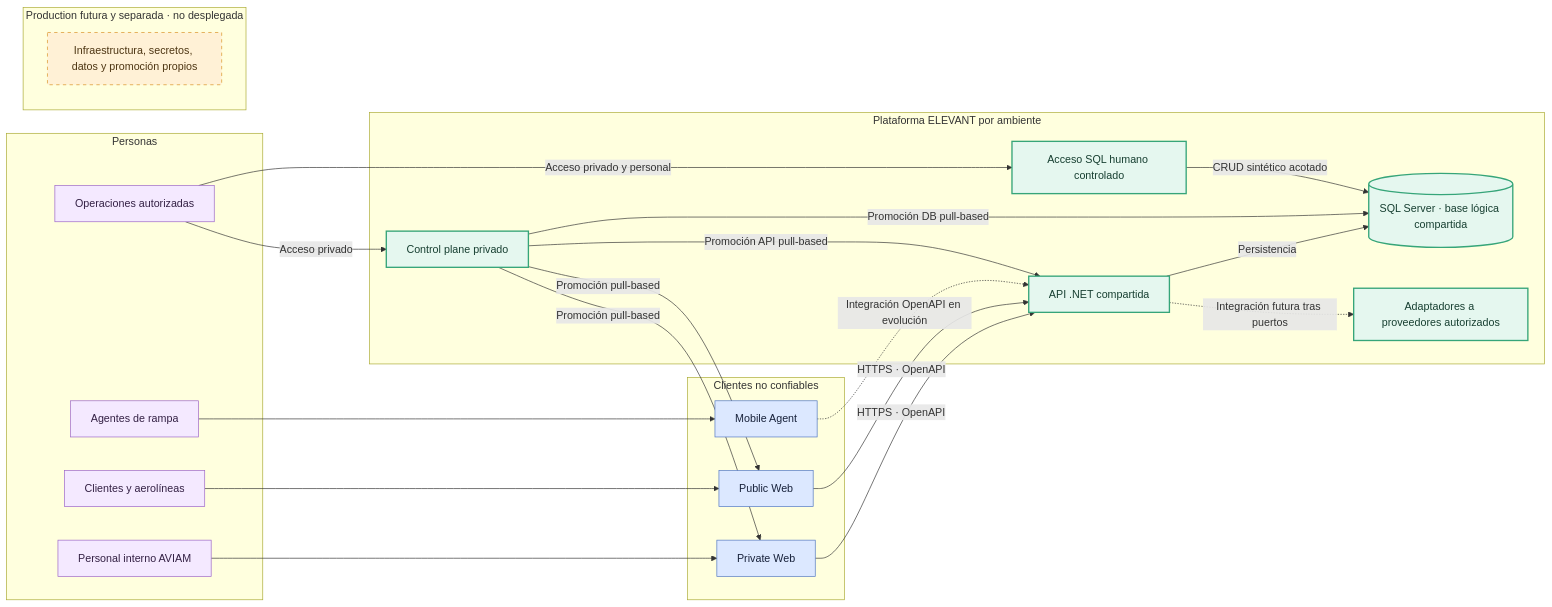
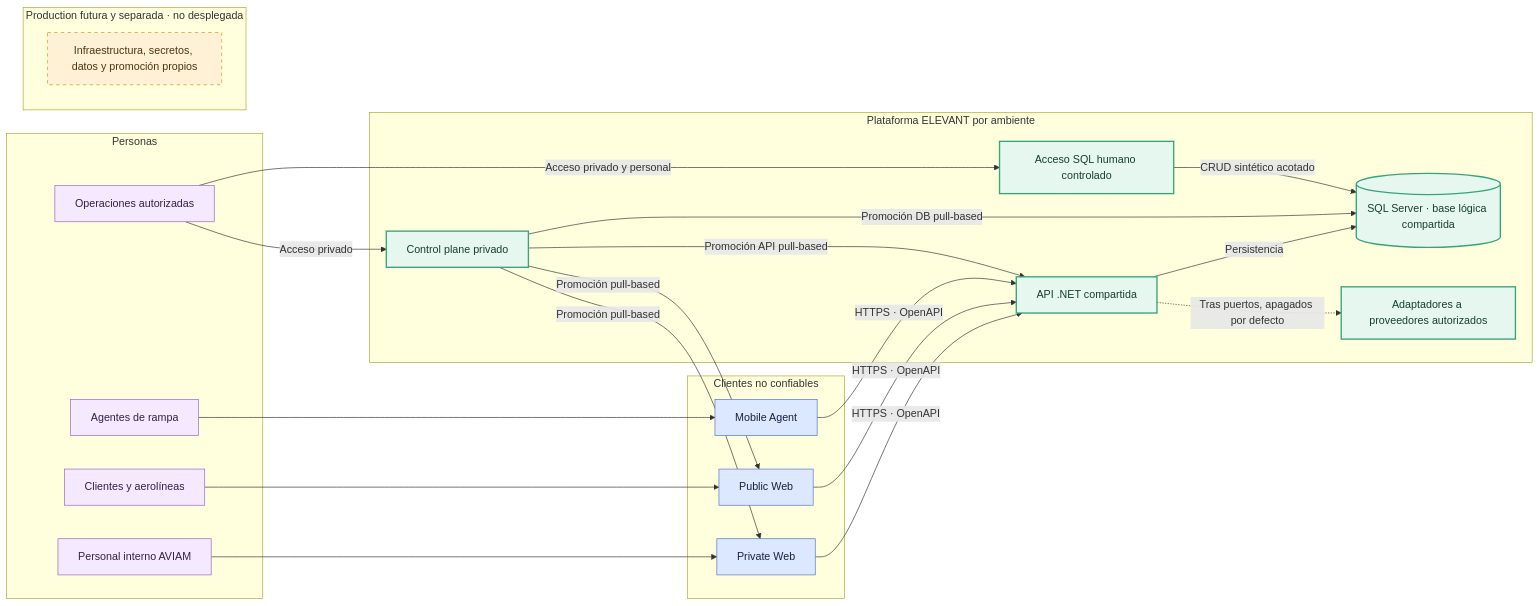
Before and after one commit to ErickEduardo027/ELEVANT: the diagram in Vault/diagrams/arquitectura-contexto.md, drawn with Mermaid. The commit also changed other lines of this file and 51 other files, not shown here.

````diff
--- a/Vault/diagrams/arquitectura-contexto.md
+++ b/Vault/diagrams/arquitectura-contexto.md
@@ -27,52 +27,52 @@
 ```mermaid
 flowchart LR
     subgraph PEOPLE[Personas]
         INTERNAL[Personal interno AVIAM]
         CUSTOMER[Clientes y aerolíneas]
         RAMP[Agentes de rampa]
         OPERATOR[Operaciones autorizadas]
     end
 
     subgraph CLIENTS[Clientes no confiables]
         PRIVATE[Private Web]
         PUBLIC[Public Web]
         MOBILE[Mobile Agent]
     end
 
     subgraph PLATFORM[Plataforma ELEVANT por ambiente]
         API[API .NET compartida]
         DB[(SQL Server · base lógica compartida)]
         EXT[Adaptadores a proveedores autorizados]
         CONTROL[Control plane privado]
         SQLTOOLS[Acceso SQL humano controlado]
     end
 
     INTERNAL --> PRIVATE
     CUSTOMER --> PUBLIC
     RAMP --> MOBILE
     PRIVATE -->|HTTPS · OpenAPI| API
     PUBLIC -->|HTTPS · OpenAPI| API
-    MOBILE -.->|Integración OpenAPI en evolución| API
+    MOBILE -->|HTTPS · OpenAPI| API
     API -->|Persistencia| DB
-    API -.->|Integración futura tras puertos| EXT
+    API -.->|Tras puertos, apagados por defecto| EXT
     OPERATOR -->|Acceso privado| CONTROL
     OPERATOR -->|Acceso privado y personal| SQLTOOLS
     CONTROL -->|Promoción DB pull-based| DB
     CONTROL -->|Promoción API pull-based| API
     CONTROL -->|Promoción pull-based| PRIVATE
     CONTROL -->|Promoción pull-based| PUBLIC
     SQLTOOLS -->|CRUD sintético acotado| DB
 
     subgraph FUTURE[Production futura y separada · no desplegada]
         PROD[Infraestructura, secretos, datos y promoción propios]
     end
 
     classDef people fill:#f4e9ff,color:#332044,stroke:#9a63c7;
     classDef client fill:#dce8ff,color:#17213a,stroke:#4f75c2;
     classDef core fill:#e5f7ef,color:#173f31,stroke:#36a579,stroke-width:2px;
     classDef future fill:#fff1d6,color:#4d3512,stroke:#d99021,stroke-dasharray:5 5;
     class INTERNAL,CUSTOMER,RAMP,OPERATOR people;
     class PRIVATE,PUBLIC,MOBILE client;
     class API,DB,EXT,CONTROL,SQLTOOLS core;
     class PROD future;
 ```
````
